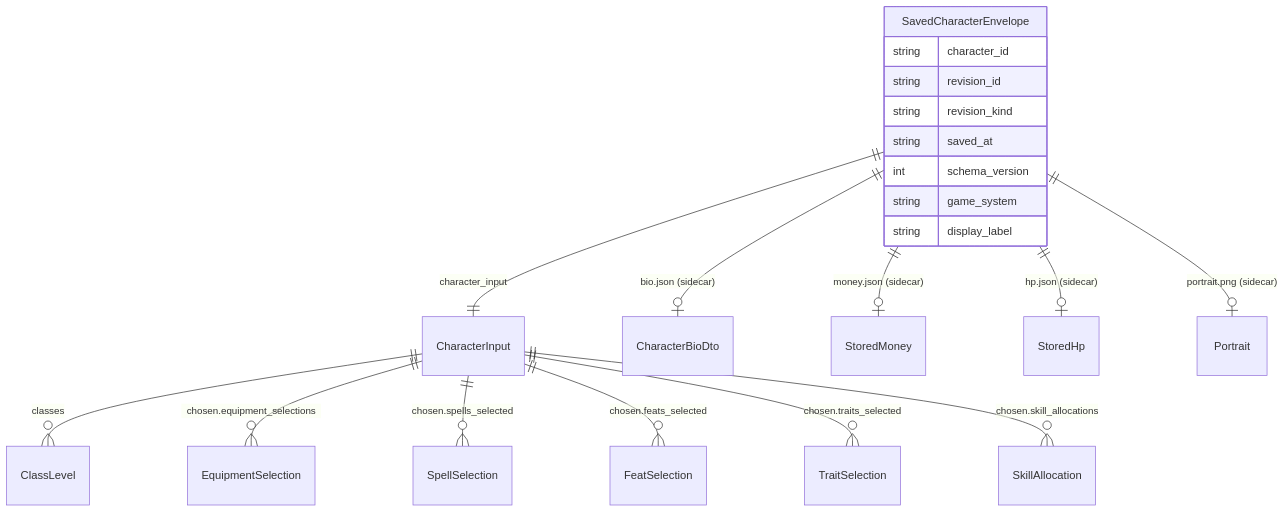
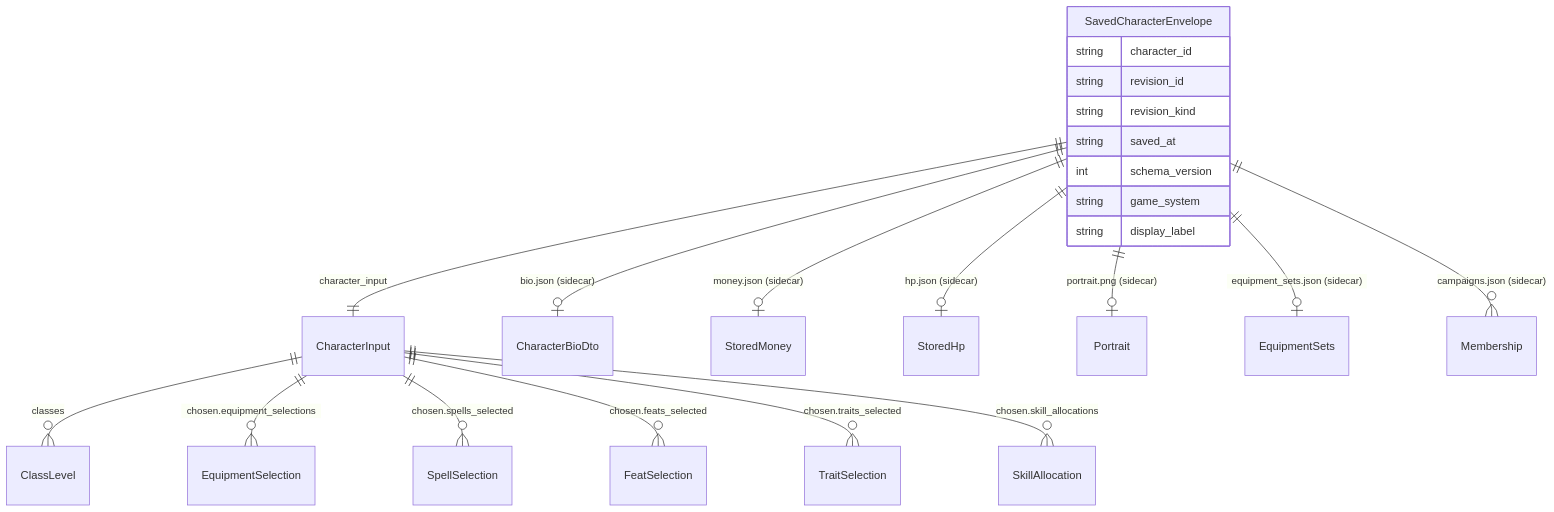
The first of 3 diagrams in docs/architecture/persistence.md (electricm0nk/codex), drawn with Mermaid before and after one commit. The commit also changed other lines of this file and 7 other files, not shown here.

First line of the commit message:
docs(sd41,e5.3): architecture truth-up for SD-41 (equipment sets, containers, campaign write-through, 128 commands, 0.21)

````diff
--- a/docs/architecture/persistence.md
+++ b/docs/architecture/persistence.md
@@ -60,23 +60,25 @@
 ```mermaid
 erDiagram
     SavedCharacterEnvelope ||--|| CharacterInput : "character_input"
     SavedCharacterEnvelope {
         string character_id
         string revision_id
         string revision_kind
         string saved_at
         int schema_version
         string game_system
         string display_label
     }
     CharacterInput ||--o{ ClassLevel : "classes"
     CharacterInput ||--o{ EquipmentSelection : "chosen.equipment_selections"
     CharacterInput ||--o{ SpellSelection : "chosen.spells_selected"
     CharacterInput ||--o{ FeatSelection : "chosen.feats_selected"
     CharacterInput ||--o{ TraitSelection : "chosen.traits_selected"
     CharacterInput ||--o{ SkillAllocation : "chosen.skill_allocations"
     SavedCharacterEnvelope ||--o| CharacterBioDto : "bio.json (sidecar)"
     SavedCharacterEnvelope ||--o| StoredMoney : "money.json (sidecar)"
     SavedCharacterEnvelope ||--o| StoredHp : "hp.json (sidecar)"
     SavedCharacterEnvelope ||--o| Portrait : "portrait.png (sidecar)"
+    SavedCharacterEnvelope ||--o| EquipmentSets : "equipment_sets.json (sidecar)"
+    SavedCharacterEnvelope ||--o{ Membership : "campaigns.json (sidecar)"
 ```
````
